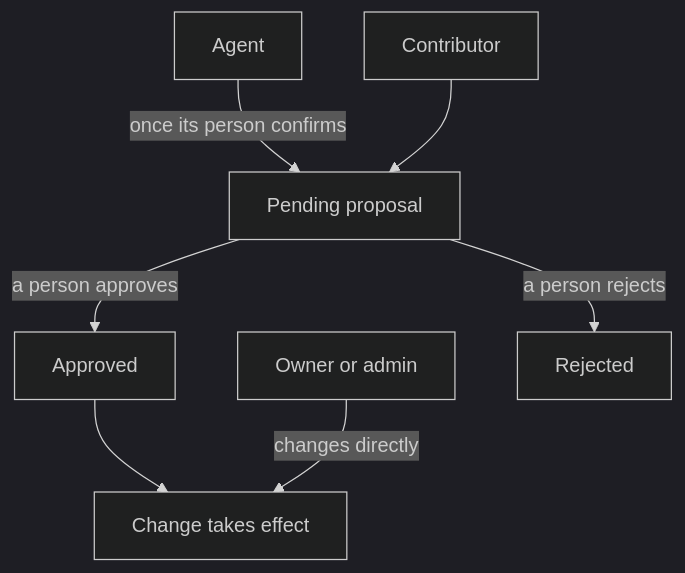
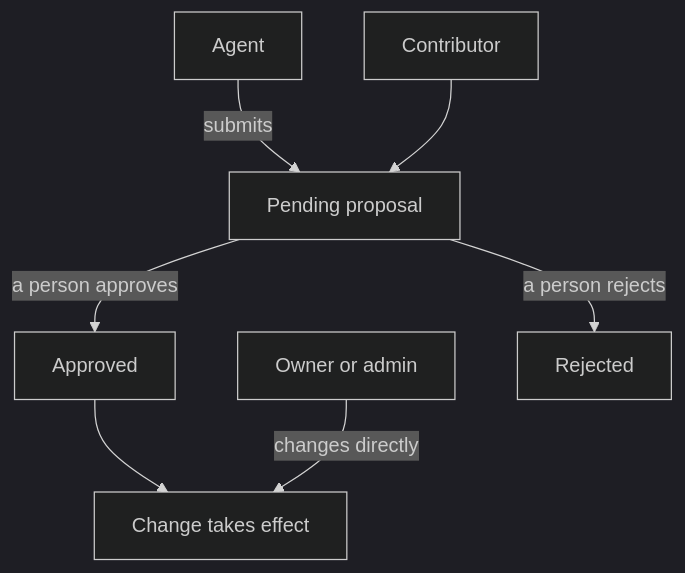
One commit to lorebayai/lorebay changed the diagram in lib/docs/contracts/knowledge.md. Above: the diagram before and after it, drawn with Mermaid (dark theme). The commit also changed 194 other files, not shown here.

````diff
--- a/lib/docs/contracts/knowledge.md
+++ b/lib/docs/contracts/knowledge.md
@@ -73,16 +73,16 @@
 ```mermaid
 flowchart TD
     agent["Agent"]
     contributor["Contributor"]
     admin["Owner or admin"]
     pending["Pending proposal"]
     approved["Approved"]
     rejected["Rejected"]
     applied["Change takes effect"]
-    agent -- "once its person confirms" --> pending
+    agent -- "submits" --> pending
     contributor --> pending
     pending -- "a person approves" --> approved
     pending -- "a person rejects" --> rejected
     approved --> applied
     admin -- "changes directly" --> applied
 ```
````
